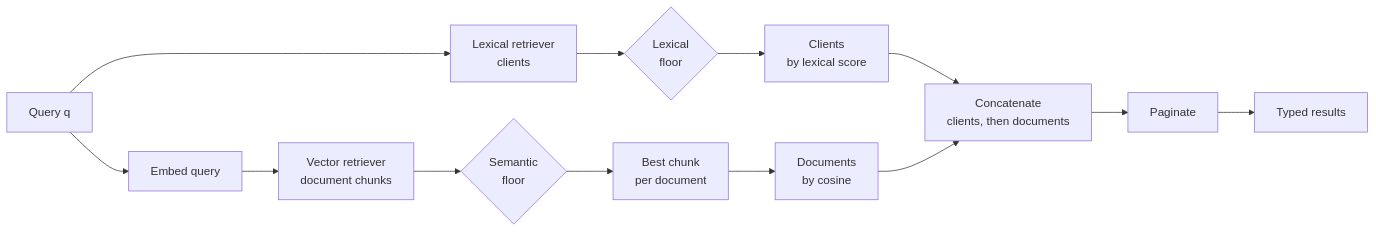
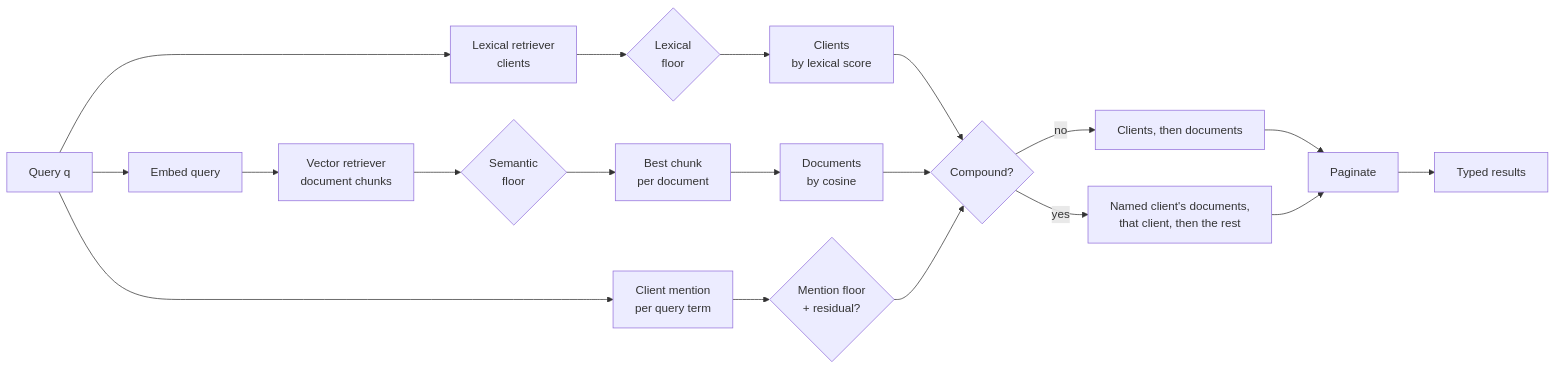
One commit to TsybulskyStepan/unified-search changed the diagram in docs/prd.md. Above: the diagram before and after it, drawn with Mermaid. The commit also changed other lines of this file and 3 other files, not shown here.

First line of the commit message:
docs: client mention detection for compound queries

````diff
--- a/docs/prd.md
+++ b/docs/prd.md
@@ -184,13 +202,19 @@
 ```mermaid
 flowchart LR
     Q[Query q] --> L[Lexical retriever<br/>clients]
+    Q --> M[Client mention<br/>per query term]
     Q --> E[Embed query]
     E --> S[Vector retriever<br/>document chunks]
     L --> LF{Lexical<br/>floor}
     S --> SF{Semantic<br/>floor}
+    M --> MF{Mention floor<br/>+ residual?}
     LF --> LR[Clients<br/>by lexical score]
     SF --> B[Best chunk<br/>per document] --> SR[Documents<br/>by cosine]
-    LR --> C[Concatenate<br/>clients, then documents]
+    LR --> C{Compound?}
     SR --> C
-    C --> P[Paginate] --> R[Typed results]
+    MF --> C
+    C -->|no| D[Clients, then documents]
+    C -->|yes| N[Named client's documents,<br/>that client, then the rest]
+    D --> P[Paginate] --> R[Typed results]
+    N --> P
 ```
````
